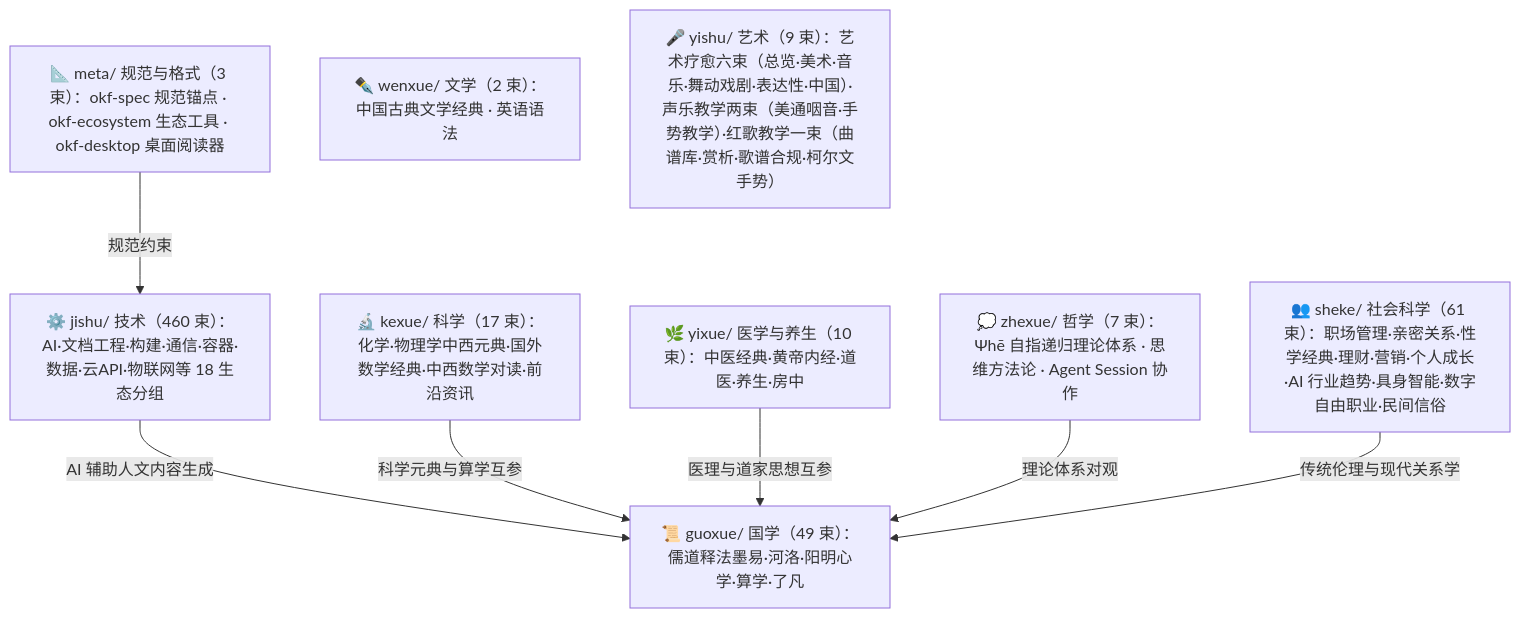
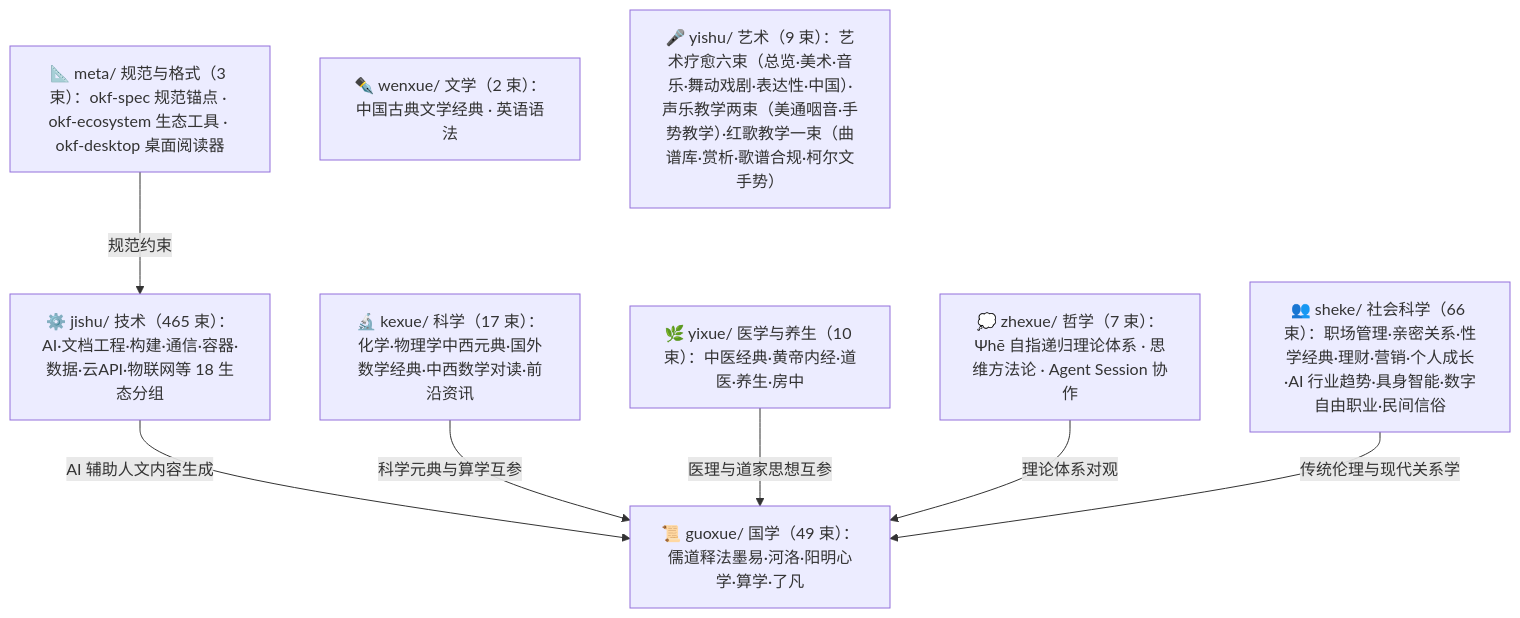
One commit to awesome-flexloop/awesome-okf changed the diagram in doc/bundles/index.md. Above: the diagram before and after it, drawn with Mermaid. The commit also changed other lines of this file and 31 other files, not shown here.

````diff
--- a/doc/bundles/index.md
+++ b/doc/bundles/index.md
@@ -21,18 +21,18 @@
 ```mermaid
 flowchart TD
     meta["📐 meta/ 规范与格式（3 束）：okf-spec 规范锚点 · okf-ecosystem 生态工具 · okf-desktop 桌面阅读器"]
     guoxue["📜 guoxue/ 国学（49 束）：儒道释法墨易·河洛·阳明心学·算学·了凡"]
     zhexue["💭 zhexue/ 哲学（7 束）：Ψhē 自指递归理论体系 · 思维方法论 · Agent Session 协作"]
     kexue["🔬 kexue/ 科学（17 束）：化学·物理学中西元典·国外数学经典·中西数学对读·前沿资讯"]
     wenxue["✒️ wenxue/ 文学（2 束）：中国古典文学经典 · 英语语法"]
     yixue["🌿 yixue/ 医学与养生（10 束）：中医经典·黄帝内经·道医·养生·房中"]
-    sheke["👥 sheke/ 社会科学（61 束）：职场管理·亲密关系·性学经典·理财·营销·个人成长·AI 行业趋势·具身智能·数字自由职业·民间信俗"]
+    sheke["👥 sheke/ 社会科学（66 束）：职场管理·亲密关系·性学经典·理财·营销·个人成长·AI 行业趋势·具身智能·数字自由职业·民间信俗"]
     yishu["🎤 yishu/ 艺术（9 束）：艺术疗愈六束（总览·美术·音乐·舞动戏剧·表达性·中国）·声乐教学两束（美通咽音·手势教学）·红歌教学一束（曲谱库·赏析·歌谱合规·柯尔文手势）"]
-    jishu["⚙️ jishu/ 技术（460 束）：AI·文档工程·构建·通信·容器·数据·云API·物联网等 18 生态分组"]
+    jishu["⚙️ jishu/ 技术（465 束）：AI·文档工程·构建·通信·容器·数据·云API·物联网等 18 生态分组"]
     meta -->|"规范约束"| jishu
     jishu -->|"AI 辅助人文内容生成"| guoxue
     kexue -->|"科学元典与算学互参"| guoxue
     yixue -->|"医理与道家思想互参"| guoxue
     zhexue -->|"理论体系对观"| guoxue
     sheke -->|"传统伦理与现代关系学"| guoxue
 ```
````
